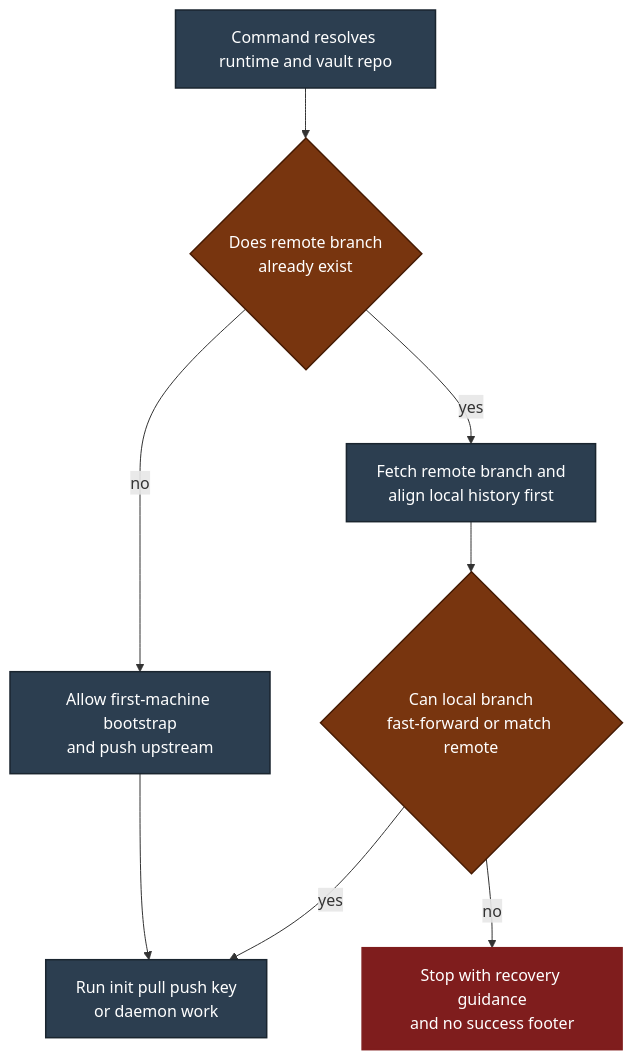
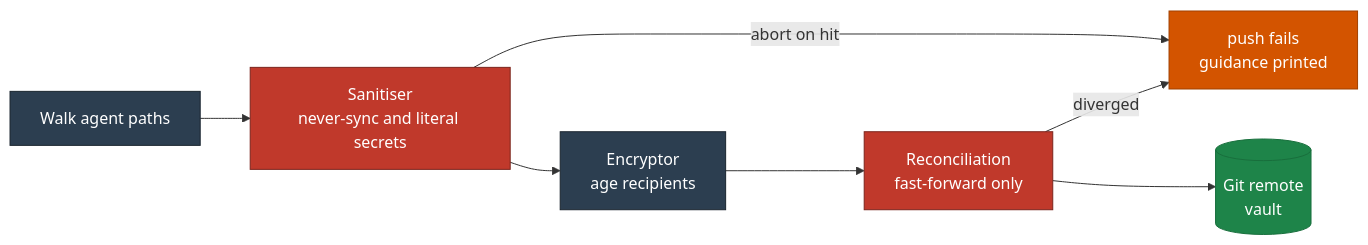
Before and after one commit to chrisleekr/agentsync: the second of 4 diagrams in docs/architecture.md, drawn with Mermaid. The commit also changed other lines of this file and 19 other files, not shown here.

````diff
--- a/docs/architecture.md
+++ b/docs/architecture.md
@@ -29,20 +56,21 @@
 ```mermaid
-flowchart TD
-	InitNode[Command resolves runtime and vault repo]:::step
-	RemoteNode{Does remote branch<br/>already exist}:::decision
-	EmptyNode[Allow first-machine bootstrap<br/>and push upstream]:::step
-	JoinNode[Fetch remote branch and<br/>align local history first]:::step
-	SafeNode{Can local branch<br/>fast-forward or match remote}:::decision
-	WorkNode[Run init pull push key<br/>or daemon work]:::step
-	StopNode[Stop with recovery guidance<br/>and no success footer]:::error
+flowchart LR
+    Walk["Walk agent paths"]:::step
+    Sanitize["Sanitiser<br/>never-sync and literal secrets"]:::gate
+    Encrypt["Encryptor<br/>age recipients"]:::step
+    Reconcile["Reconciliation<br/>fast-forward only"]:::gate
+    Remote[("Git remote<br/>vault")]:::remote
+    Abort["push fails<br/>guidance printed"]:::abort
 
-	InitNode --> RemoteNode
-	RemoteNode -- no --> EmptyNode --> WorkNode
-	RemoteNode -- yes --> JoinNode --> SafeNode
-	SafeNode -- yes --> WorkNode
-	SafeNode -- no --> StopNode
+    Walk --> Sanitize
+    Sanitize -->|abort on hit| Abort
+    Sanitize --> Encrypt
+    Encrypt --> Reconcile
+    Reconcile -->|diverged| Abort
+    Reconcile --> Remote
 
-	classDef step fill:#2c3e50,color:#ffffff,stroke:#1a252f,stroke-width:1.5px;
-	classDef decision fill:#78350f,color:#ffffff,stroke:#451a03,stroke-width:1.5px;
-	classDef error fill:#7f1d1d,color:#ffffff,stroke:#7f1d1d,stroke-width:1.5px;
+    classDef step fill:#2c3e50,color:#ffffff,stroke:#1a252f
+    classDef gate fill:#c0392b,color:#ffffff,stroke:#7b241c
+    classDef remote fill:#1e8449,color:#ffffff,stroke:#196f3d
+    classDef abort fill:#d35400,color:#ffffff,stroke:#a04000
 ```
````
